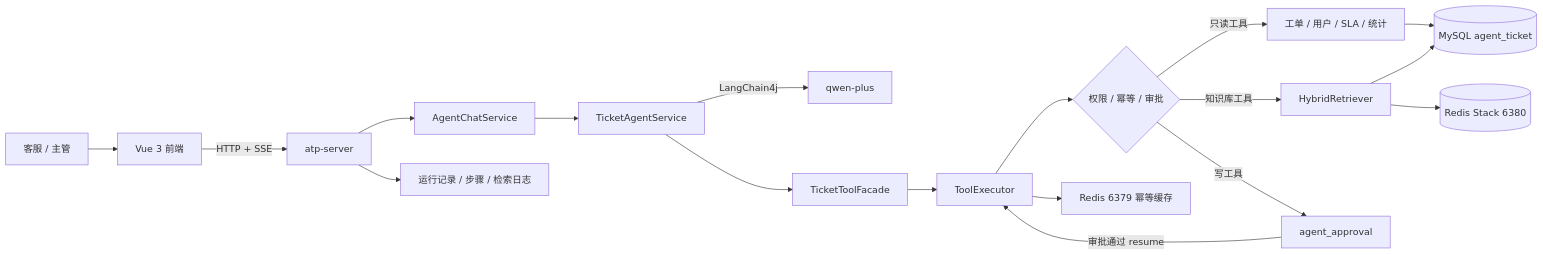
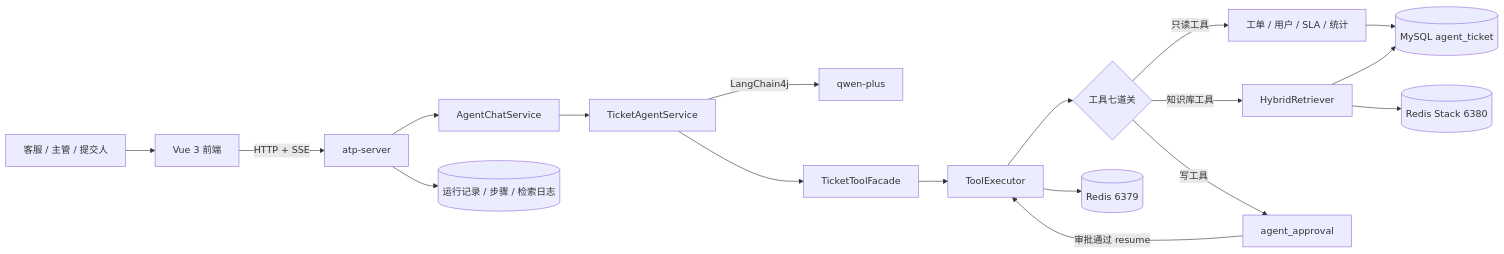
Before and after one commit to tlei49377-afk/agent-ticket-platform: the first of 3 diagrams in README.md, drawn with Mermaid. The commit also changed other lines of this file, not shown here.

````diff
--- a/README.md
+++ b/README.md
@@ -60,22 +148,23 @@
 ```mermaid
 flowchart LR
-    U[客服 / 主管] --> W[Vue 3 前端]
+    U[客服 / 主管 / 提交人] --> W[Vue 3 前端]
     W -->|HTTP + SSE| S[atp-server]
+
     S --> C[AgentChatService]
     C --> A[TicketAgentService]
     A -->|LangChain4j| Q[qwen-plus]
     A --> F[TicketToolFacade]
 
     F --> E[ToolExecutor]
-    E --> P{权限 / 幂等 / 审批}
-    P -->|只读工具| T[工单 / 用户 / SLA / 统计]
-    P -->|知识库工具| R[HybridRetriever]
-    P -->|写工具| AP[agent_approval]
-    AP -->|审批通过 resume| E
+    E --> G{工具七道关}
+    G -->|只读工具| T[工单 / 用户 / SLA / 统计]
+    G -->|知识库工具| R[HybridRetriever]
+    G -->|写工具| P[agent_approval]
+    P -->|审批通过 resume| E
 
     T --> M[(MySQL agent_ticket)]
     R --> V[(Redis Stack 6380)]
     R --> M
-    E --> L[Redis 6379 幂等缓存]
-    S --> O[运行记录 / 步骤 / 检索日志]
+    E --> L[(Redis 6379)]
+    S --> O[(运行记录 / 步骤 / 检索日志)]
 ```
````
